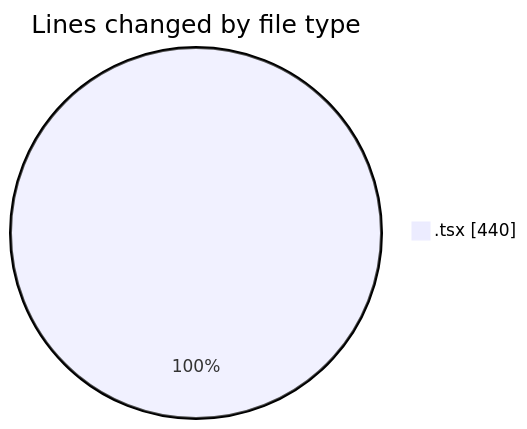
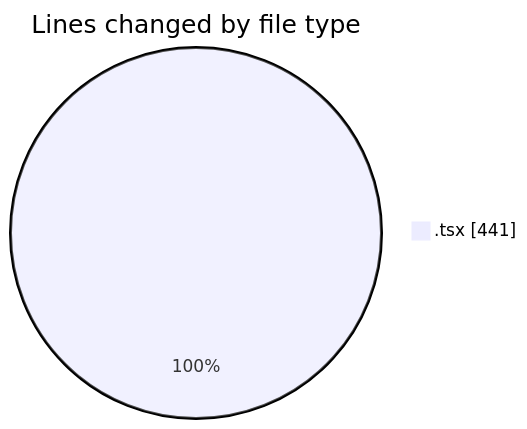
Before and after one commit to nxtqubesakshisongat/code-tracking: the first of 2 diagrams in 2026-01-30/nxtqube_webapp/README.md, drawn with Mermaid. The commit also changed other lines of this file and 1 other file, not shown here.

````diff
--- a/2026-01-30/nxtqube_webapp/README.md
+++ b/2026-01-30/nxtqube_webapp/README.md
@@ -22,5 +22,5 @@
 ```mermaid
 pie showData
 title Lines changed by file type
-".tsx" : 440
+".tsx" : 441
 ```
````
